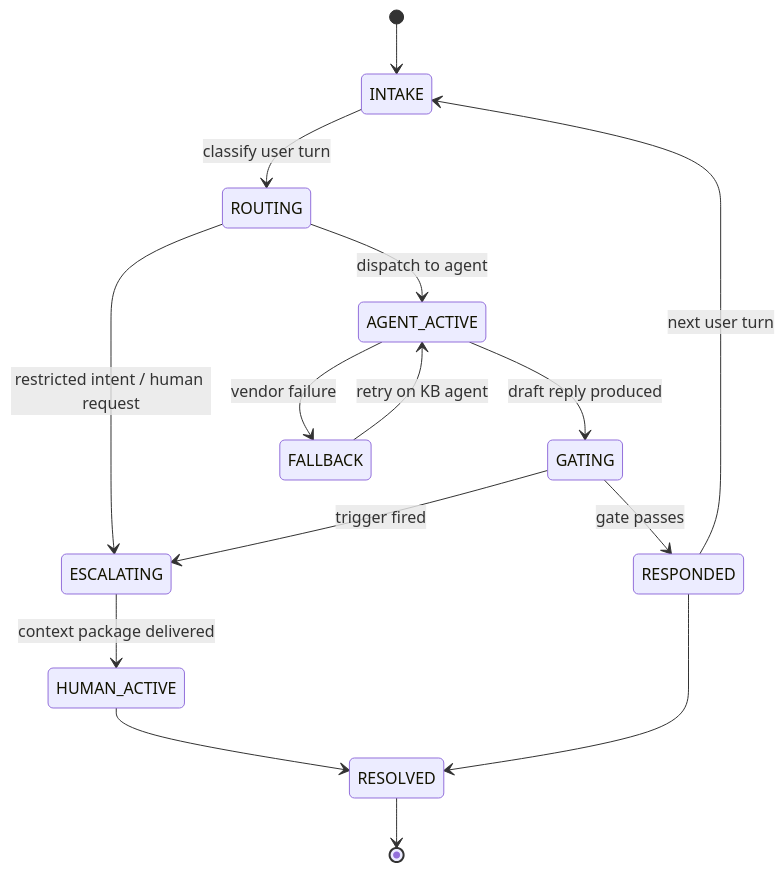
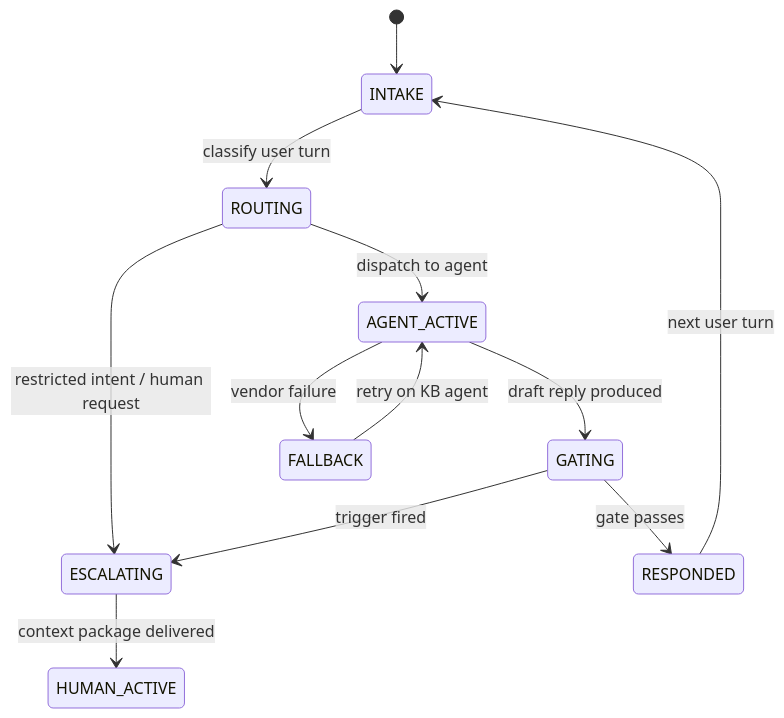
The second of 2 diagrams in docs/FLOW.md (el-gabri/ledgerly), drawn with Mermaid before and after one commit. The commit also changed other lines of this file and 41 other files, not shown here.

````diff
--- a/docs/FLOW.md
+++ b/docs/FLOW.md
@@ -47,17 +52,14 @@
 ```mermaid
 stateDiagram-v2
     [*] --> INTAKE
     INTAKE --> ROUTING: classify user turn
     ROUTING --> AGENT_ACTIVE: dispatch to agent
     ROUTING --> ESCALATING: restricted intent / human request
     AGENT_ACTIVE --> GATING: draft reply produced
     AGENT_ACTIVE --> FALLBACK: vendor failure
     FALLBACK --> AGENT_ACTIVE: retry on KB agent
     GATING --> RESPONDED: gate passes
     GATING --> ESCALATING: trigger fired
     RESPONDED --> INTAKE: next user turn
     ESCALATING --> HUMAN_ACTIVE: context package delivered
-    HUMAN_ACTIVE --> RESOLVED
-    RESPONDED --> RESOLVED
-    RESOLVED --> [*]
 ```
````
